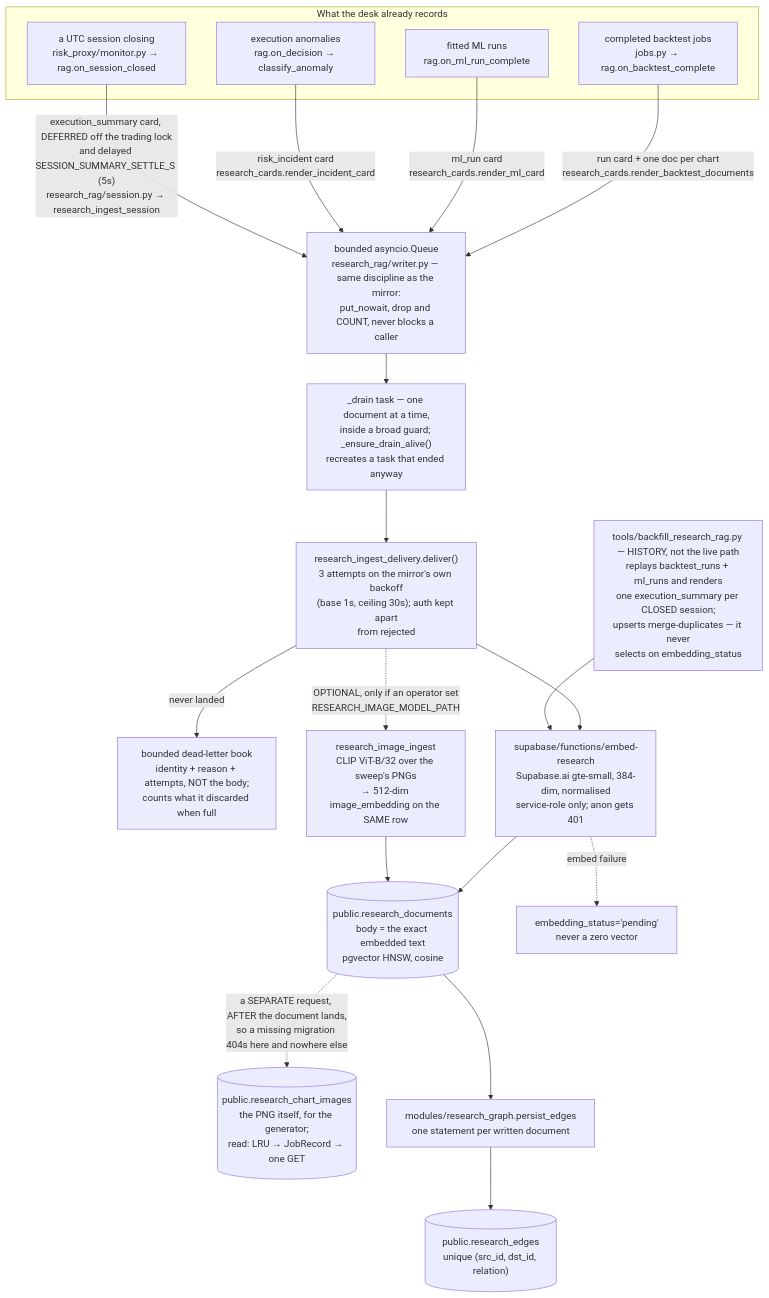
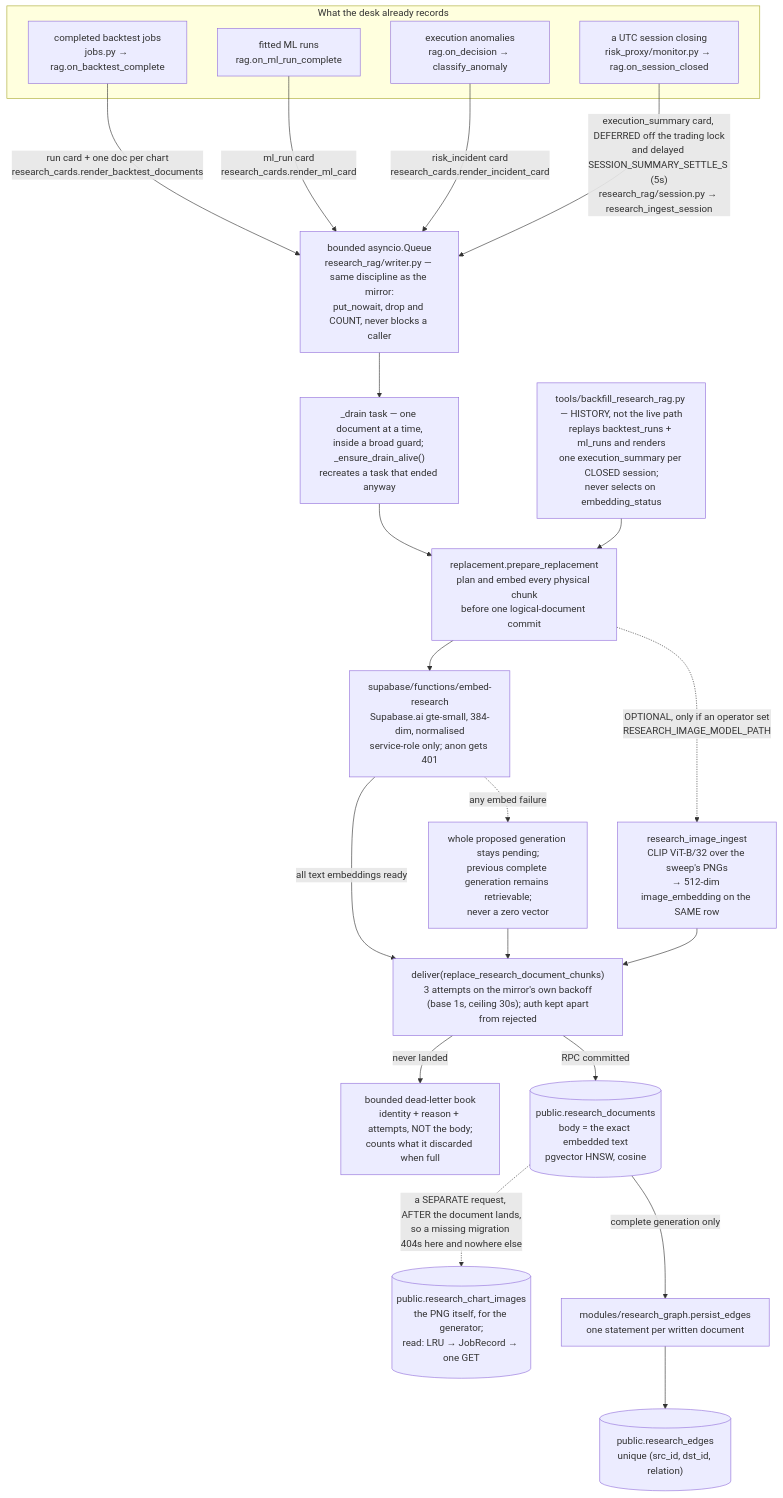
Before and after one commit to Manutd1234/AlphaEngine: the second of 2 diagrams in docs/architecture/DATA_PROCESSING_FLOW.md, drawn with Mermaid. The commit also changed other lines of this file, not shown here.

````diff
--- a/docs/architecture/DATA_PROCESSING_FLOW.md
+++ b/docs/architecture/DATA_PROCESSING_FLOW.md
@@ -325,26 +334,28 @@
 ```mermaid
 flowchart TD
     subgraph sources [What the desk already records]
         BT["completed backtest jobs<br/>jobs.py → rag.on_backtest_complete"]
         ML["fitted ML runs<br/>rag.on_ml_run_complete"]
         AN["execution anomalies<br/>rag.on_decision → classify_anomaly"]
         SE["a UTC session closing<br/>risk_proxy/monitor.py → rag.on_session_closed"]
     end
     BT -->|"run card + one doc per chart<br/>research_cards.render_backtest_documents"| Q
     ML -->|"ml_run card<br/>research_cards.render_ml_card"| Q
     AN -->|"risk_incident card<br/>research_cards.render_incident_card"| Q
     SE -->|"execution_summary card, DEFERRED off the trading lock<br/>and delayed SESSION_SUMMARY_SETTLE_S (5s)<br/>research_rag/session.py → research_ingest_session"| Q
     Q["bounded asyncio.Queue<br/>research_rag/writer.py — same discipline as the mirror:<br/>put_nowait, drop and COUNT, never blocks a caller"]
     Q --> DR["_drain task — one document at a time,<br/>inside a broad guard; _ensure_drain_alive()<br/>recreates a task that ended anyway"]
-    DR --> DEL["research_ingest_delivery.deliver()<br/>3 attempts on the mirror's own backoff<br/>(base 1s, ceiling 30s); auth kept apart<br/>from rejected"]
+    DR --> PREP["replacement.prepare_replacement<br/>plan and embed every physical chunk<br/>before one logical-document commit"]
+    PREP --> EF["supabase/functions/embed-research<br/>Supabase.ai gte-small, 384-dim, normalised<br/>service-role only; anon gets 401"]
+    EF -->|"all text embeddings ready"| DEL["deliver(replace_research_document_chunks)<br/>3 attempts on the mirror's own backoff<br/>(base 1s, ceiling 30s); auth kept apart<br/>from rejected"]
+    EF -.->|"any embed failure"| PEND["whole proposed generation stays pending;<br/>previous complete generation remains retrievable;<br/>never a zero vector"]
+    PEND --> DEL
     DEL -->|"never landed"| DL["bounded dead-letter book<br/>identity + reason + attempts, NOT the body;<br/>counts what it discarded when full"]
-    DEL --> EF["supabase/functions/embed-research<br/>Supabase.ai gte-small, 384-dim, normalised<br/>service-role only; anon gets 401"]
-    EF --> RD[("public.research_documents<br/>body = the exact embedded text<br/>pgvector HNSW, cosine")]
-    EF -.->|"embed failure"| PEND["embedding_status='pending'<br/>never a zero vector"]
-    DEL -.->|"OPTIONAL, only if an operator set<br/>RESEARCH_IMAGE_MODEL_PATH"| IMG["research_image_ingest<br/>CLIP ViT-B/32 over the sweep's PNGs<br/>→ 512-dim image_embedding on the SAME row"]
-    IMG --> RD
+    DEL -->|"RPC committed"| RD[("public.research_documents<br/>body = the exact embedded text<br/>pgvector HNSW, cosine")]
+    PREP -.->|"OPTIONAL, only if an operator set<br/>RESEARCH_IMAGE_MODEL_PATH"| IMG["research_image_ingest<br/>CLIP ViT-B/32 over the sweep's PNGs<br/>→ 512-dim image_embedding on the SAME row"]
+    IMG --> DEL
     RD -.->|"a SEPARATE request, AFTER the document lands,<br/>so a missing migration 404s here and nowhere else"| CI[("public.research_chart_images<br/>the PNG itself, for the generator;<br/>read: LRU → JobRecord → one GET")]
-    RD --> PE["modules/research_graph.persist_edges<br/>one statement per written document"]
+    RD -->|"complete generation only"| PE["modules/research_graph.persist_edges<br/>one statement per written document"]
     PE --> RE[("public.research_edges<br/>unique (src_id, dst_id, relation)")]
-    BF["tools/backfill_research_rag.py — HISTORY, not the live path<br/>replays backtest_runs + ml_runs and renders<br/>one execution_summary per CLOSED session;<br/>upserts merge-duplicates — it never<br/>selects on embedding_status"] --> EF
+    BF["tools/backfill_research_rag.py — HISTORY, not the live path<br/>replays backtest_runs + ml_runs and renders<br/>one execution_summary per CLOSED session;<br/>never selects on embedding_status"] --> PREP
 ```
````
